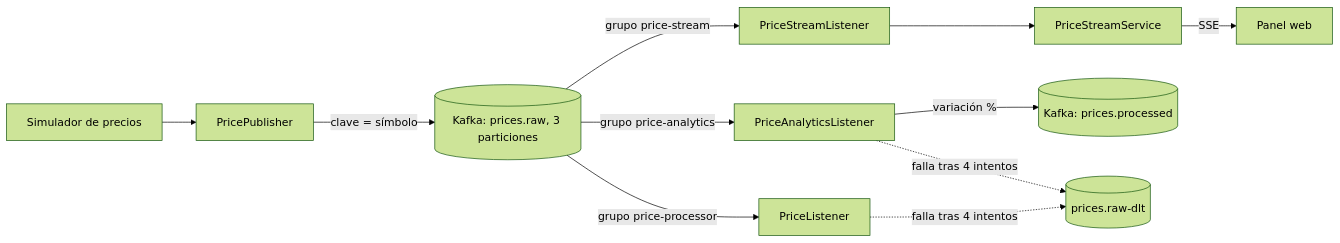
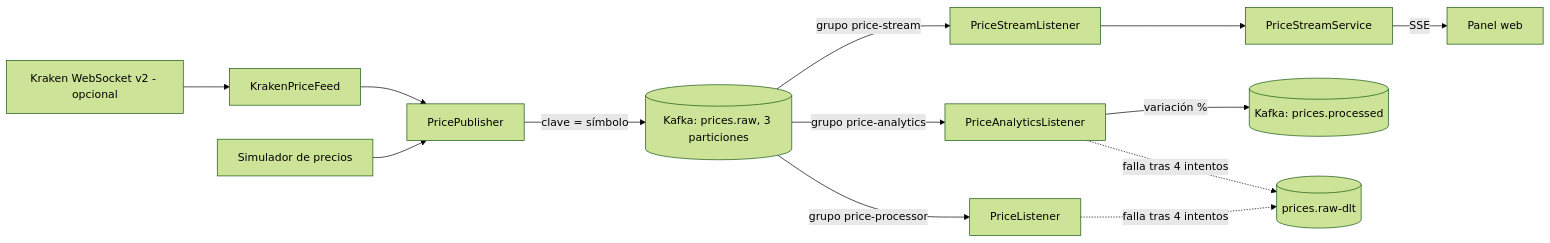
Before and after one commit to CRISHFAS/crypto-price-tracker: the diagram in README.md, drawn with Mermaid (forest theme). The commit also changed other lines of this file and 1 other file, not shown here.

Commit message:
docs: README con los precios reales de Kraken y comentario del simulador

````diff
--- a/README.md
+++ b/README.md
@@ -11,13 +11,15 @@
 ```mermaid
 flowchart LR
   S[Simulador de precios] --> P[PricePublisher]
+  KR[Kraken WebSocket v2 - opcional] --> KF[KrakenPriceFeed]
+  KF --> P
   P -->|clave = símbolo| K[(Kafka: prices.raw, 3 particiones)]
   K -->|grupo price-processor| L[PriceListener]
   K -->|grupo price-stream| SL[PriceStreamListener]
   SL --> SV[PriceStreamService]
   SV -->|SSE| B[Panel web]
   K -->|grupo price-analytics| A[PriceAnalyticsListener]
   A -->|variación %| PP[(Kafka: prices.processed)]
   L -. falla tras 4 intentos .-> D[(prices.raw-dlt)]
   A -. falla tras 4 intentos .-> D
 ```
````
